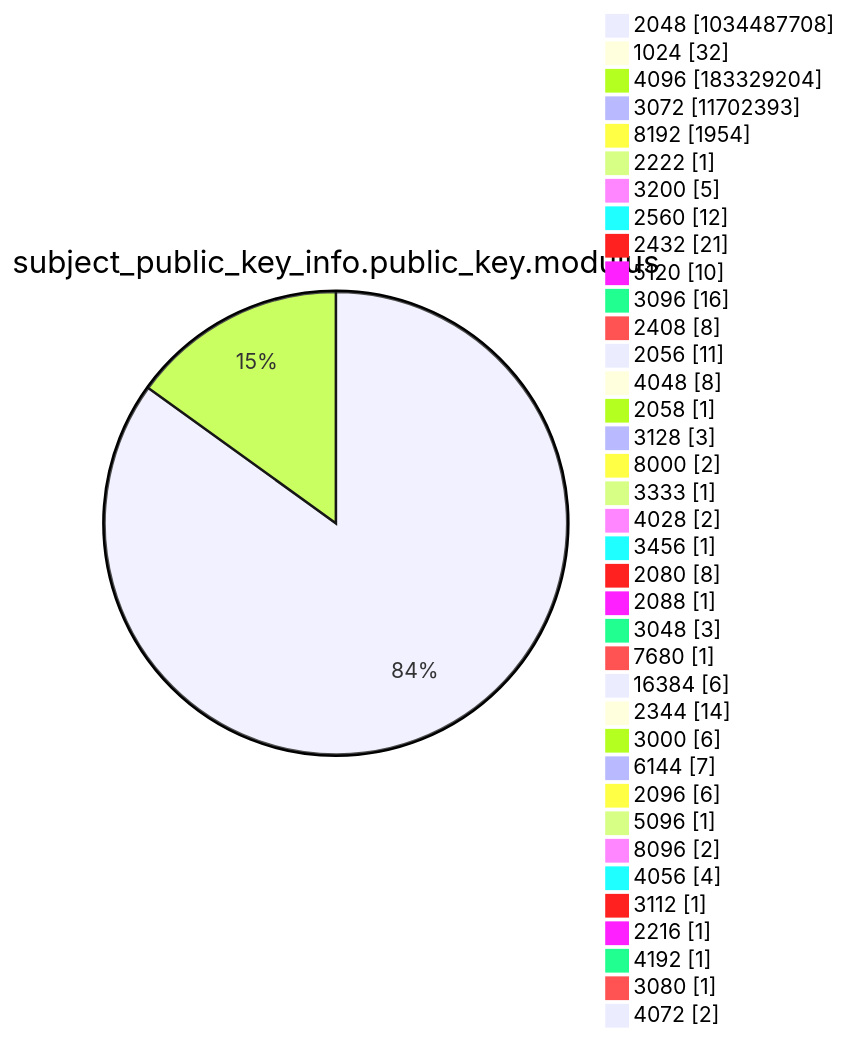
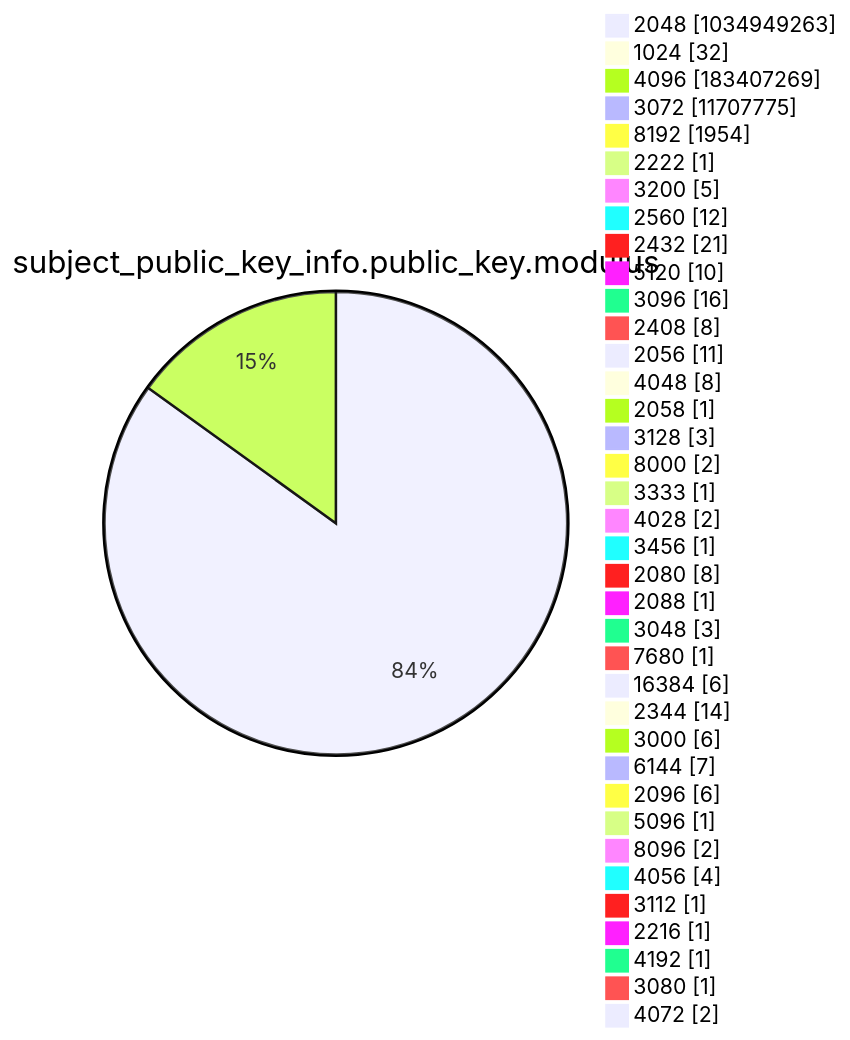
Before and after one commit to christiankrug/ctmonitor_visualization: diagram 13 of 15 in argon2022/README.md, drawn with Mermaid. The commit also changed other lines of this file, not shown here.

````diff
--- a/argon2022/README.md
+++ b/argon2022/README.md
@@ -3589,41 +3589,41 @@
 ```mermaid
 pie showData
 title subject_public_key_info.public_key.modulus
-"2048" :1034487708
+"2048" :1034949263
 "1024" :32
-"4096" :183329204
-"3072" :11702393
+"4096" :183407269
+"3072" :11707775
 "8192" :1954
 "2222" :1
 "3200" :5
 "2560" :12
 "2432" :21
 "5120" :10
 "3096" :16
 "2408" :8
 "2056" :11
 "4048" :8
 "2058" :1
 "3128" :3
 "8000" :2
 "3333" :1
 "4028" :2
 "3456" :1
 "2080" :8
 "2088" :1
 "3048" :3
 "7680" :1
 "16384" :6
 "2344" :14
 "3000" :6
 "6144" :7
 "2096" :6
 "5096" :1
 "8096" :2
 "4056" :4
 "3112" :1
 "2216" :1
 "4192" :1
 "3080" :1
 "4072" :2
 ```
````
